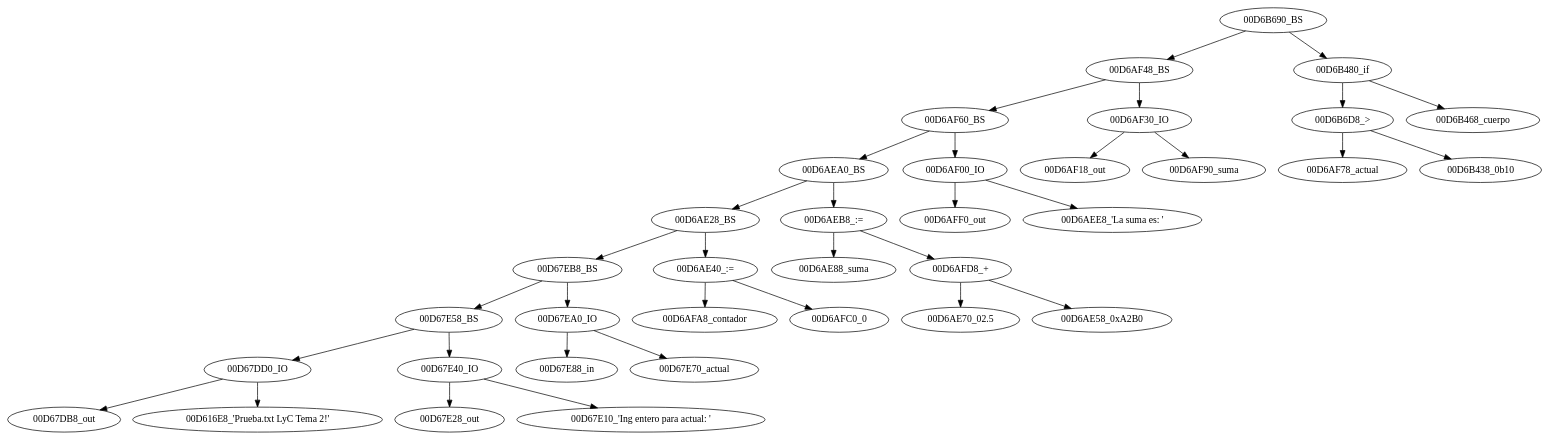
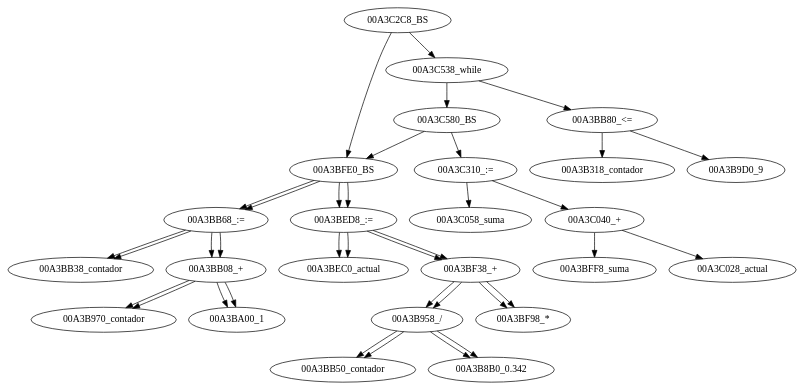
One commit to cancellarapaula/Grupo4LyC changed the diagram in Entrega 2/intermedia.dot. Above: the diagram before and after it, drawn with Graphviz. The commit also changed 3 other files, not shown here.

```diff
--- a/Entrega 2/intermedia.dot
+++ b/Entrega 2/intermedia.dot
@@ -1,36 +1,38 @@
  digraph G { 
-"00D6B690_BS"->"00D6AF48_BS" 
-"00D6AF48_BS"->"00D6AF60_BS" 
-"00D6AF60_BS"->"00D6AEA0_BS" 
-"00D6AEA0_BS"->"00D6AE28_BS" 
-"00D6AE28_BS"->"00D67EB8_BS" 
-"00D67EB8_BS"->"00D67E58_BS" 
-"00D67E58_BS"->"00D67DD0_IO" 
-"00D67DD0_IO"->"00D67DB8_out" 
-"00D67DD0_IO"->"00D616E8_'Prueba.txt LyC Tema 2!'" 
-"00D67E58_BS"->"00D67E40_IO" 
-"00D67E40_IO"->"00D67E28_out" 
-"00D67E40_IO"->"00D67E10_'Ing entero para actual: '" 
-"00D67EB8_BS"->"00D67EA0_IO" 
-"00D67EA0_IO"->"00D67E88_in" 
-"00D67EA0_IO"->"00D67E70_actual" 
-"00D6AE28_BS"->"00D6AE40_:=" 
-"00D6AE40_:="->"00D6AFA8_contador" 
-"00D6AE40_:="->"00D6AFC0_0" 
-"00D6AEA0_BS"->"00D6AEB8_:=" 
-"00D6AEB8_:="->"00D6AE88_suma" 
-"00D6AEB8_:="->"00D6AFD8_+" 
-"00D6AFD8_+"->"00D6AE70_02.5" 
-"00D6AFD8_+"->"00D6AE58_0xA2B0" 
-"00D6AF60_BS"->"00D6AF00_IO" 
-"00D6AF00_IO"->"00D6AFF0_out" 
-"00D6AF00_IO"->"00D6AEE8_'La suma es: '" 
-"00D6AF48_BS"->"00D6AF30_IO" 
-"00D6AF30_IO"->"00D6AF18_out" 
-"00D6AF30_IO"->"00D6AF90_suma" 
-"00D6B690_BS"->"00D6B480_if" 
-"00D6B480_if"->"00D6B6D8_>" 
-"00D6B6D8_>"->"00D6AF78_actual" 
-"00D6B6D8_>"->"00D6B438_0b10" 
-"00D6B480_if"->"00D6B468_cuerpo" 
+"00A3C2C8_BS"->"00A3BFE0_BS" 
+"00A3BFE0_BS"->"00A3BB68_:=" 
+"00A3BB68_:="->"00A3BB38_contador" 
+"00A3BB68_:="->"00A3BB08_+" 
+"00A3BB08_+"->"00A3B970_contador" 
+"00A3BB08_+"->"00A3BA00_1" 
+"00A3BFE0_BS"->"00A3BED8_:=" 
+"00A3BED8_:="->"00A3BEC0_actual" 
+"00A3BED8_:="->"00A3BF38_+" 
+"00A3BF38_+"->"00A3B958_/" 
+"00A3B958_/"->"00A3BB50_contador" 
+"00A3B958_/"->"00A3B8B0_0.342" 
+"00A3BF38_+"->"00A3BF98_*" 
+"00A3C2C8_BS"->"00A3C538_while" 
+"00A3C538_while"->"00A3BB80_<=" 
+"00A3BB80_<="->"00A3B318_contador" 
+"00A3BB80_<="->"00A3B9D0_9" 
+"00A3C538_while"->"00A3C580_BS" 
+"00A3C580_BS"->"00A3BFE0_BS" 
+"00A3BFE0_BS"->"00A3BB68_:=" 
+"00A3BB68_:="->"00A3BB38_contador" 
+"00A3BB68_:="->"00A3BB08_+" 
+"00A3BB08_+"->"00A3B970_contador" 
+"00A3BB08_+"->"00A3BA00_1" 
+"00A3BFE0_BS"->"00A3BED8_:=" 
+"00A3BED8_:="->"00A3BEC0_actual" 
+"00A3BED8_:="->"00A3BF38_+" 
+"00A3BF38_+"->"00A3B958_/" 
+"00A3B958_/"->"00A3BB50_contador" 
+"00A3B958_/"->"00A3B8B0_0.342" 
+"00A3BF38_+"->"00A3BF98_*" 
+"00A3C580_BS"->"00A3C310_:=" 
+"00A3C310_:="->"00A3C058_suma" 
+"00A3C310_:="->"00A3C040_+" 
+"00A3C040_+"->"00A3BFF8_suma" 
+"00A3C040_+"->"00A3C028_actual" 
 }
```
